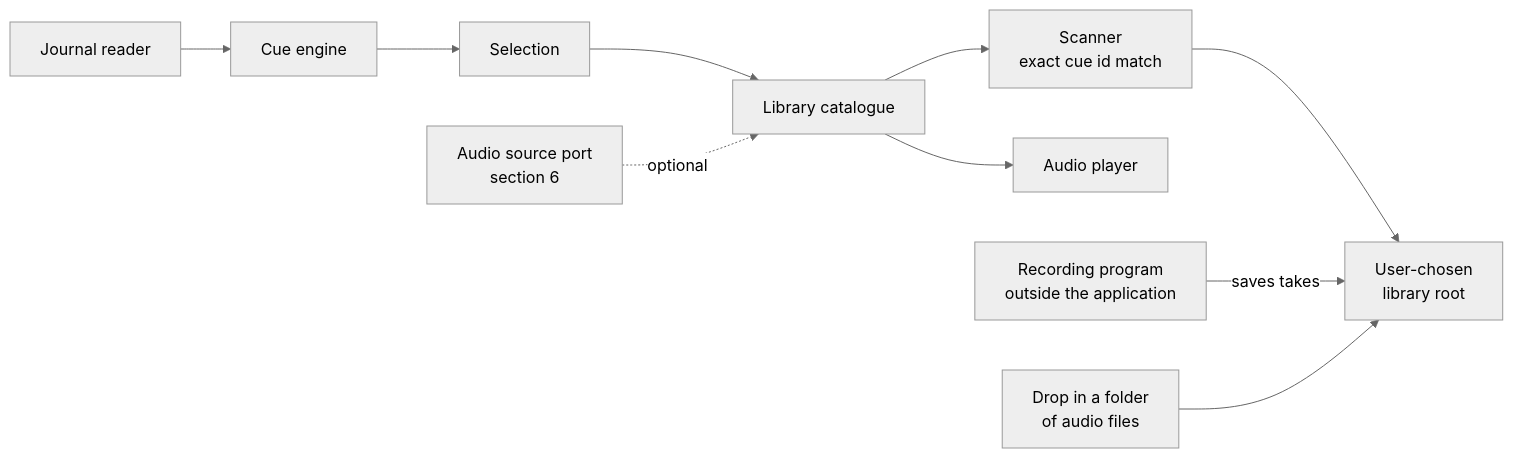
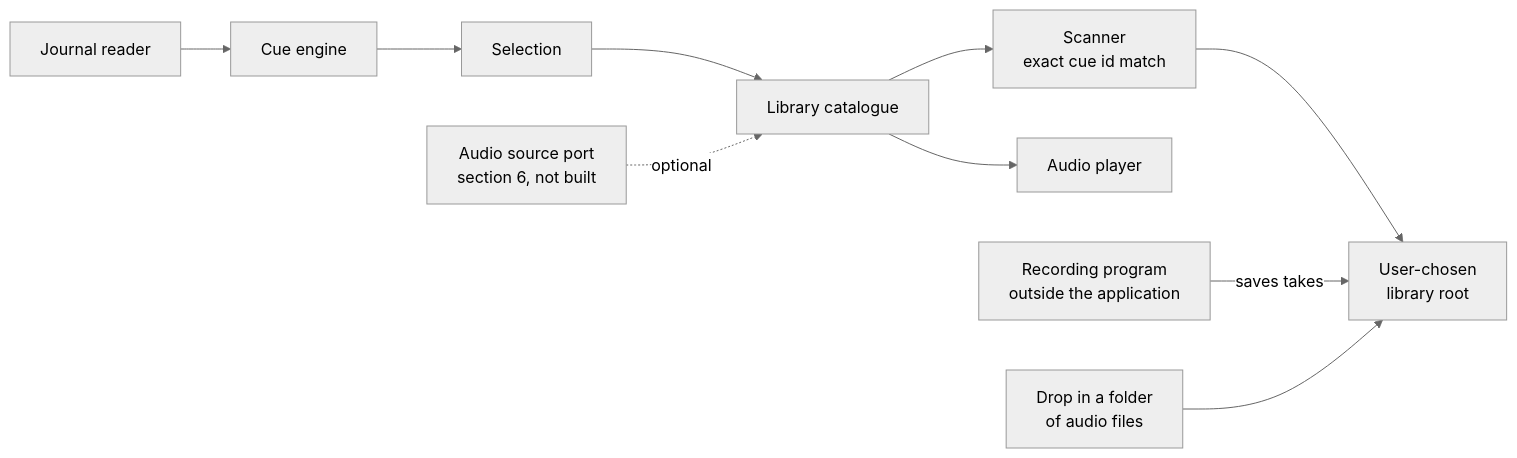
Before and after one commit to oernster/BridgeTalk: the diagram in REQUIREMENTS.md, drawn with Mermaid (neutral theme). The commit also changed other lines of this file and 102 other files, not shown here.

````diff
--- a/REQUIREMENTS.md
+++ b/REQUIREMENTS.md
@@ -78,12 +80,12 @@
 ```mermaid
 graph LR
   J[Journal reader] --> CE[Cue engine]
   CE --> SEL[Selection]
   SEL --> CAT[Library catalogue]
   CAT --> SCAN["Scanner<br/>exact cue id match"]
   SCAN --> ROOT["User-chosen<br/>library root"]
   CAT --> PLAY[Audio player]
   REC["Recording program<br/>outside the application"] -->|saves takes| ROOT
   DROP["Drop in a folder<br/>of audio files"] --> ROOT
-  PORT["Audio source port<br/>section 6"] -.optional.-> CAT
+  PORT["Audio source port<br/>section 6, not built"] -.optional.-> CAT
 ```
````
